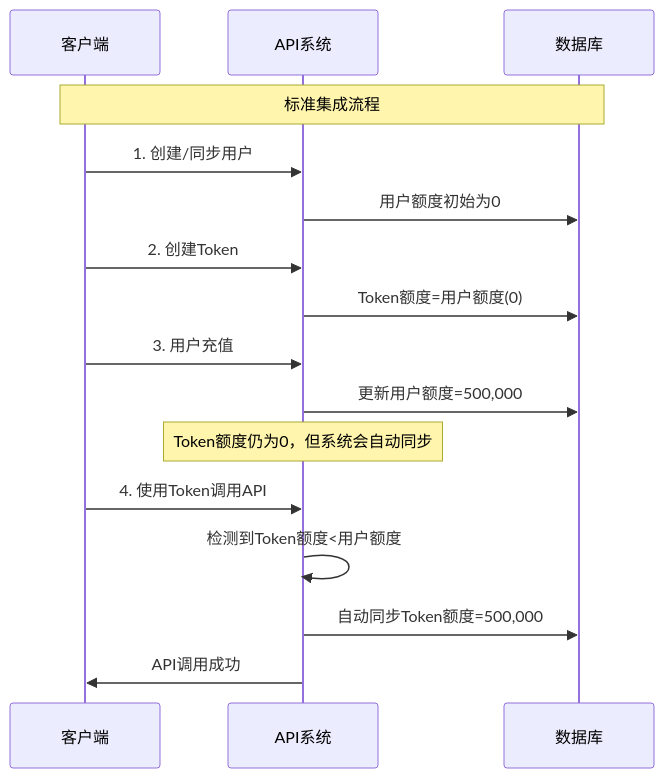
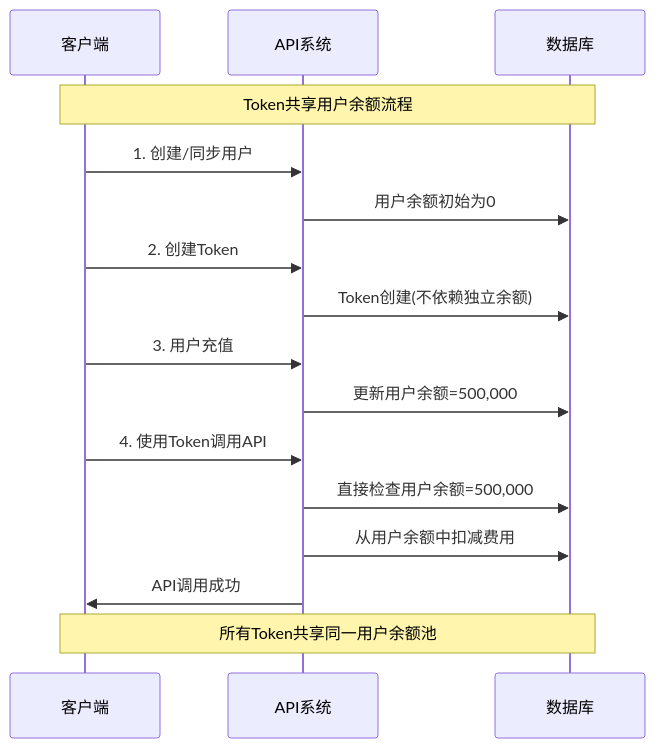
Before and after one commit to dreamlx/new-api: the diagram in docs/curl-testing-guide.md, drawn with Mermaid. The commit also changed other lines of this file and 13 other files, not shown here.

````diff
--- a/docs/curl-testing-guide.md
+++ b/docs/curl-testing-guide.md
@@ -53,19 +53,19 @@
 ```mermaid
 sequenceDiagram
     participant Client as 客户端
     participant API as API系统
     participant DB as 数据库
 
-    Note over Client,DB: 标准集成流程
+    Note over Client,DB: Token共享用户余额流程
     Client->>API: 1. 创建/同步用户
-    API->>DB: 用户额度初始为0
+    API->>DB: 用户余额初始为0
     Client->>API: 2. 创建Token
-    API->>DB: Token额度=用户额度(0)
+    API->>DB: Token创建(不依赖独立余额)
     Client->>API: 3. 用户充值
-    API->>DB: 更新用户额度=500,000
-    Note over API: Token额度仍为0，但系统会自动同步
+    API->>DB: 更新用户余额=500,000
     Client->>API: 4. 使用Token调用API
-    API->>API: 检测到Token额度<用户额度
-    API->>DB: 自动同步Token额度=500,000
+    API->>DB: 直接检查用户余额=500,000
+    API->>DB: 从用户余额中扣减费用
     API->>Client: API调用成功
+    Note over Client,DB: 所有Token共享同一用户余额池
 ```
````
